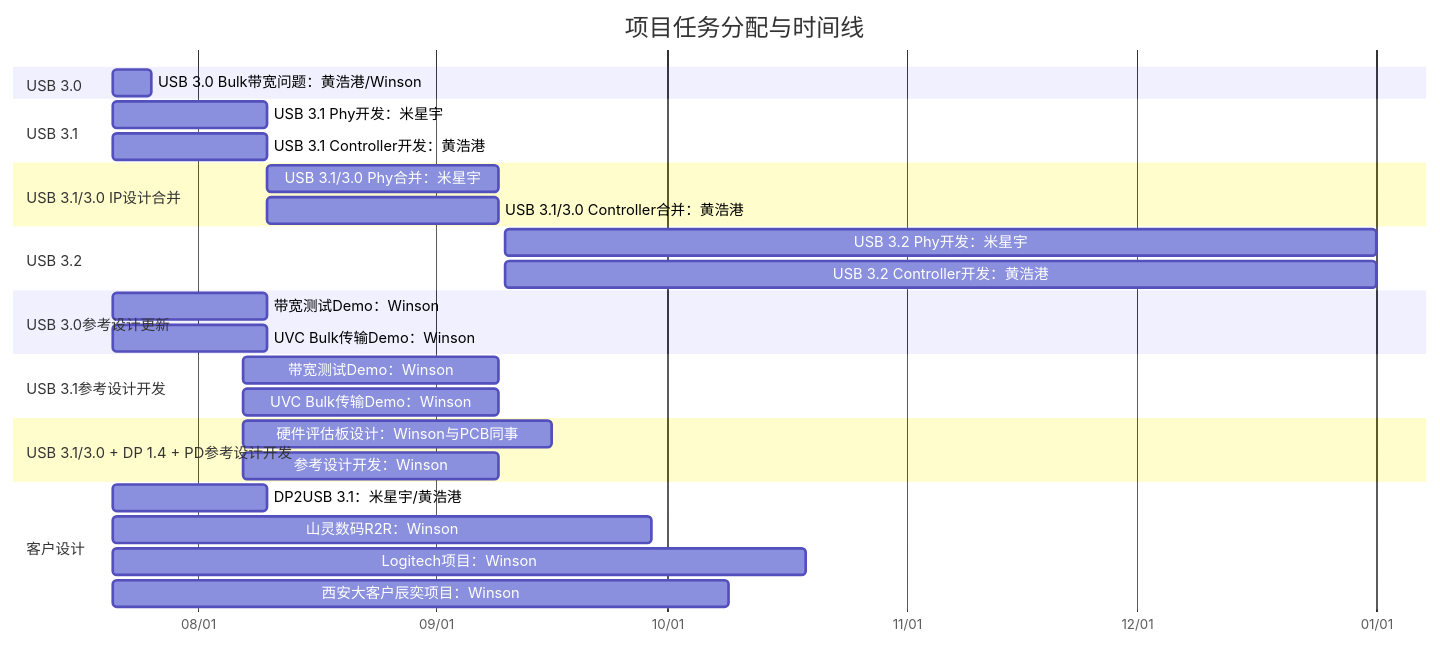
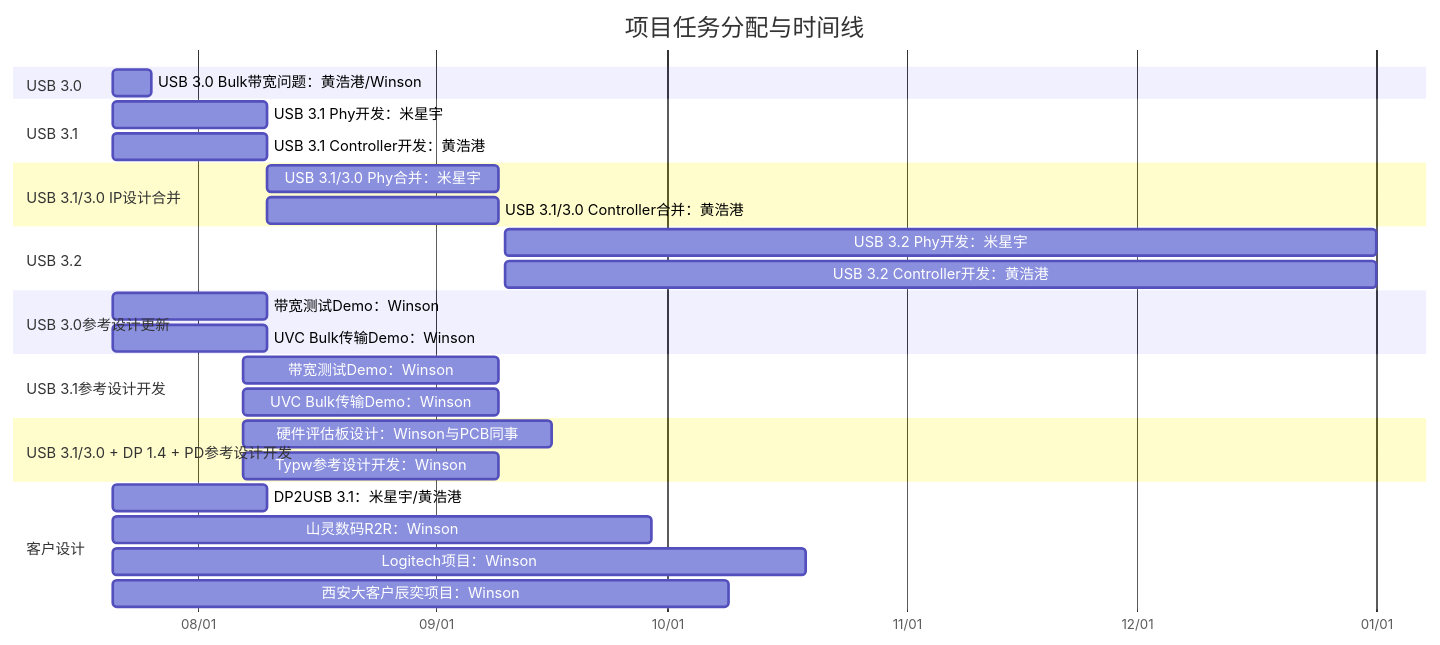
One commit to winsonbook/iodraw-files changed the diagram in all/未命名.md. Above: the diagram before and after it, drawn with Mermaid.

Commit message:
2025-07-21 10:21:31 update

````diff
--- a/all/未命名.md
+++ b/all/未命名.md
@@ -1,39 +1,39 @@
 ```mermaid
 gantt
     title 项目任务分配与时间线
     dateFormat  YYYY-MM-DD
     axisFormat  %m/%d
 
     section USB 3.0
     USB 3.0 Bulk带宽问题：黄浩港/Winson   :    task1, 2025-07-21, 5d
 
     section USB 3.1
     USB 3.1 Phy开发：米星宇      :         task2, 2025-07-21, 20d
     USB 3.1 Controller开发：黄浩港      :  task3, 2025-07-21, 20d
 
     section USB 3.1/3.0 IP设计合并
     USB 3.1/3.0 Phy合并：米星宇       :    task4, 2025-08-10, 30d
     USB 3.1/3.0 Controller合并：黄浩港:    task5, 2025-08-10, 30d
 
     section USB 3.2
     USB 3.2 Phy开发：米星宇      :         task2, 2025-09-10, 113d
     USB 3.2 Controller开发：黄浩港      :  task3, 2025-09-10, 113d
 
     section USB 3.0参考设计更新
     带宽测试Demo：Winson       :         task6, 2025-07-21, 20d
     UVC Bulk传输Demo：Winson   :        task7, 2025-07-21, 20d
 
     section USB 3.1参考设计开发
     带宽测试Demo：Winson       :         task8, 2025-08-07, 33d
     UVC Bulk传输Demo：Winson   :         task9, 2025-08-07, 33d
 
     section USB 3.1/3.0 + DP 1.4 + PD参考设计开发
     硬件评估板设计：Winson与PCB同事       :         task10, 2025-08-07, 40d
-    参考设计开发：Winson   :         task11, 2025-08-07, 33d
+    Typw参考设计开发：Winson   :         task11, 2025-08-07, 33d
 
     section 客户设计
     DP2USB 3.1：米星宇/黄浩港      :task12, 2025-07-21, 20d
     山灵数码R2R：Winson :             task13, 2025-07-21, 70d
     Logitech项目：Winson :            task14, 2025-07-21, 90d
     西安大客户辰奕项目：Winson :       task15, 2025-07-21, 80d
 ```
````
